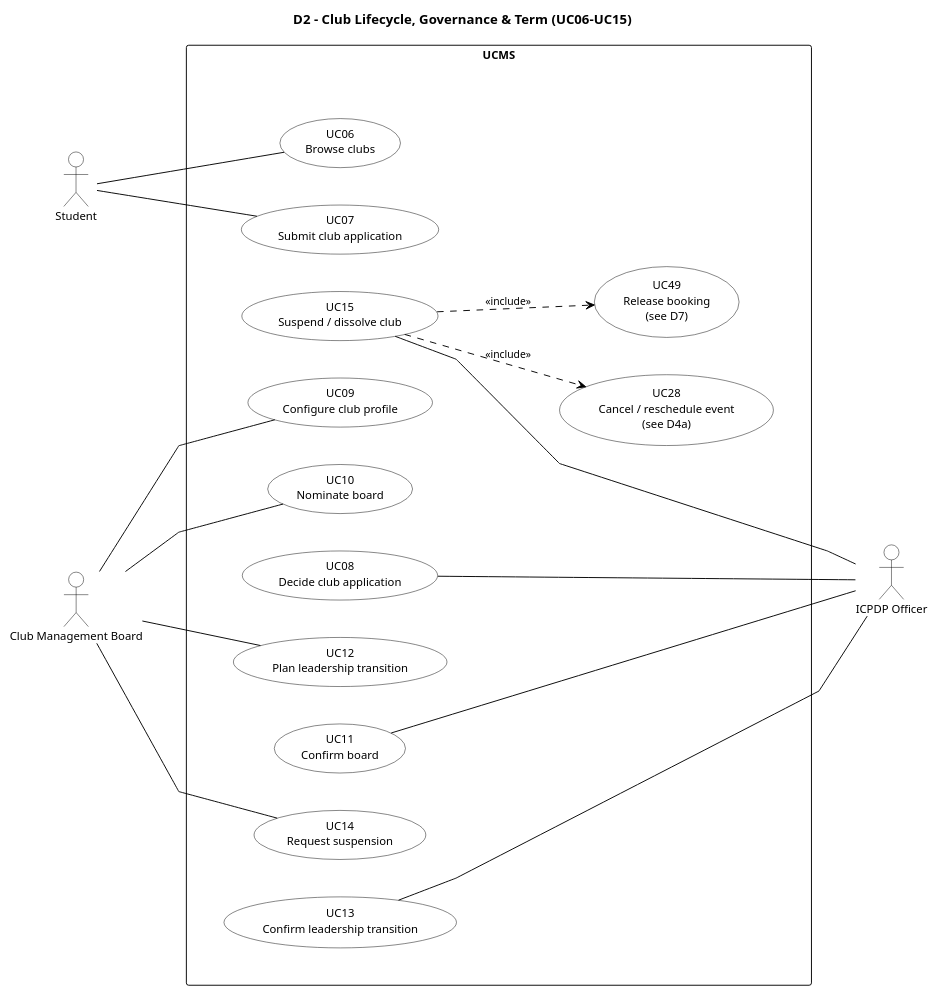
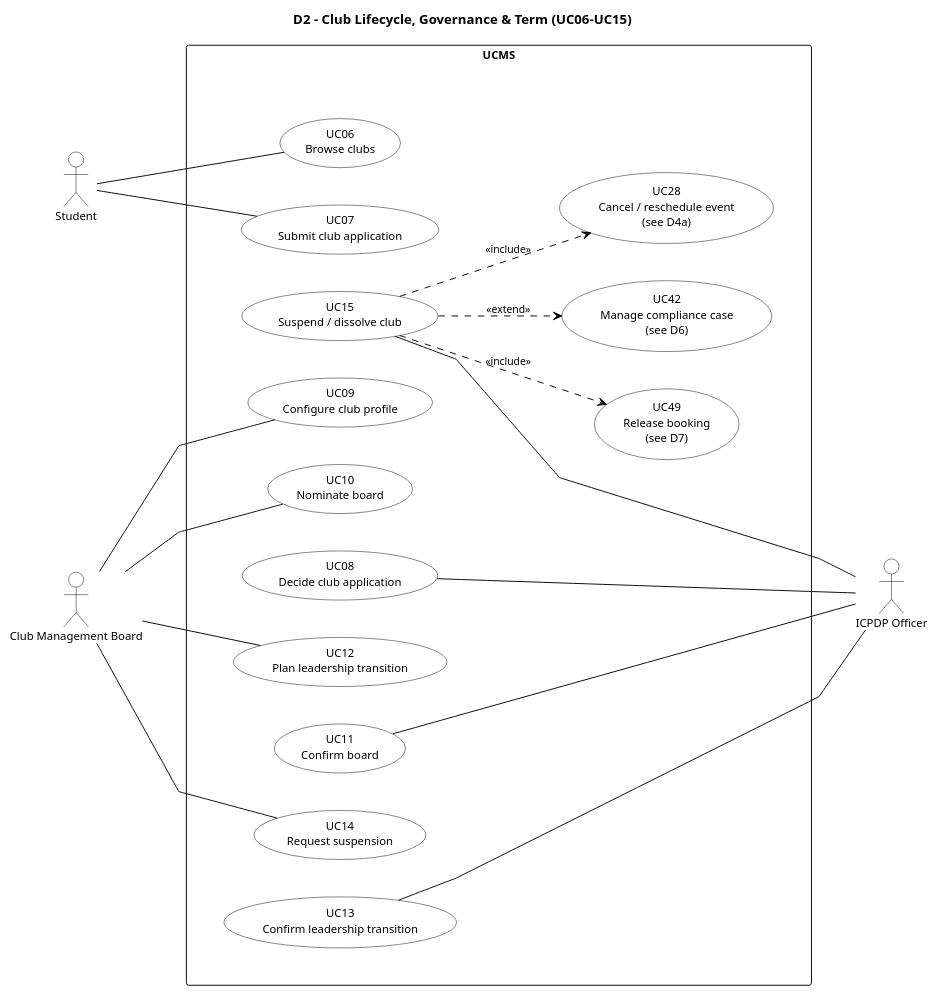
Before and after one commit to nvdekay/ClubManagementSystem: the diagram in docs/diagrams/v2/D2_ClubLifecycle.puml, drawn with PlantUML. The commit also changed 6 other files, not shown here.

First line of the commit message:
docs(diagrams): draw UC15 extends UC42 on D2 instead of D6

```diff
--- a/docs/diagrams/v2/D2_ClubLifecycle.puml
+++ b/docs/diagrams/v2/D2_ClubLifecycle.puml
@@ -1,76 +1,78 @@
 @startuml v2_D2_ClubLifecycle
 left to right direction
 skinparam linetype polyline
 skinparam nodesep 40
 skinparam ranksep 60
 skinparam backgroundColor White
 skinparam shadowing false
 skinparam defaultFontName Helvetica
 skinparam defaultFontSize 12
 skinparam ArrowColor Black
 skinparam ArrowFontSize 11
 skinparam actor {
   BackgroundColor White
   BorderColor Black
 }
 skinparam usecase {
   BackgroundColor White
   BorderColor Black
 }
 skinparam rectangle {
   BackgroundColor White
   BorderColor Black
 }
 skinparam package {
   BackgroundColor White
   BorderColor Black
 }
 ' inner frame: invisible, only adds padding inside the system boundary
 skinparam rectangle<<inner>> {
   BorderColor Transparent
   FontColor Transparent
 }
 hide <<inner>> stereotype
 
 title D2 - Club Lifecycle, Governance & Term (UC06-UC15)
 
 actor "Student" as STU
 actor "Club Management Board" as CMB
 actor "ICPDP Officer" as ICPDP
 
 rectangle "UCMS" {
   rectangle " " <<inner>> {
     usecase "UC06\nBrowse clubs" as UC06
     usecase "UC07\nSubmit club application" as UC07
     usecase "UC08\nDecide club application" as UC08
     usecase "UC09\nConfigure club profile" as UC09
     usecase "UC10\nNominate board" as UC10
     usecase "UC11\nConfirm board" as UC11
     usecase "UC12\nPlan leadership transition" as UC12
     usecase "UC13\nConfirm leadership transition" as UC13
     usecase "UC14\nRequest suspension" as UC14
     usecase "UC15\nSuspend / dissolve club" as UC15
     usecase "UC28\nCancel / reschedule event\n(see D4a)" as UC28
     usecase "UC49\nRelease booking\n(see D7)" as UC49
+    usecase "UC42\nManage compliance case\n(see D6)" as UC42
   }
 }
 
 STU -- UC06
 STU -- UC07
 
 CMB -- UC09
 CMB -- UC10
 CMB -- UC12
 CMB -- UC14
 
 UC08 -- ICPDP
 UC11 -- ICPDP
 UC13 -- ICPDP
 UC15 -- ICPDP
 
 UC15 ..> UC28 : <<include>>
 UC15 ..> UC49 : <<include>>
+UC15 ..> UC42 : <<extend>>
 
 ' layout only: keep ICPDP in its own column to the right of the frame
 UC28 -[hidden]- ICPDP
 @enduml
```
